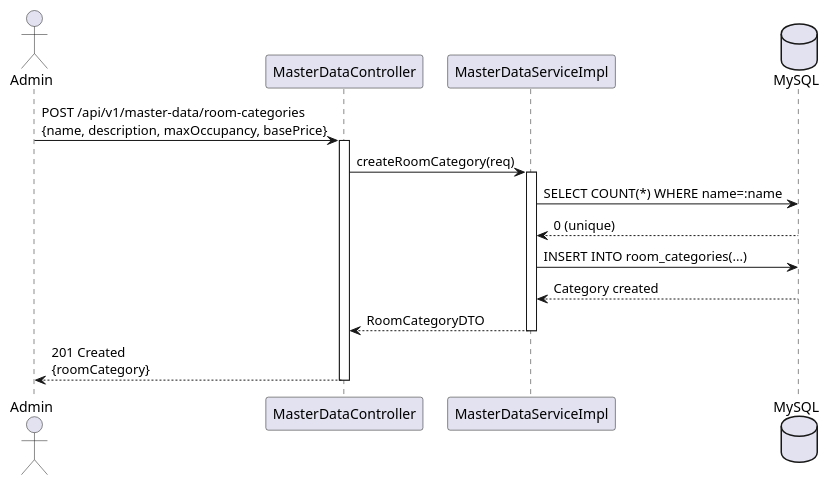
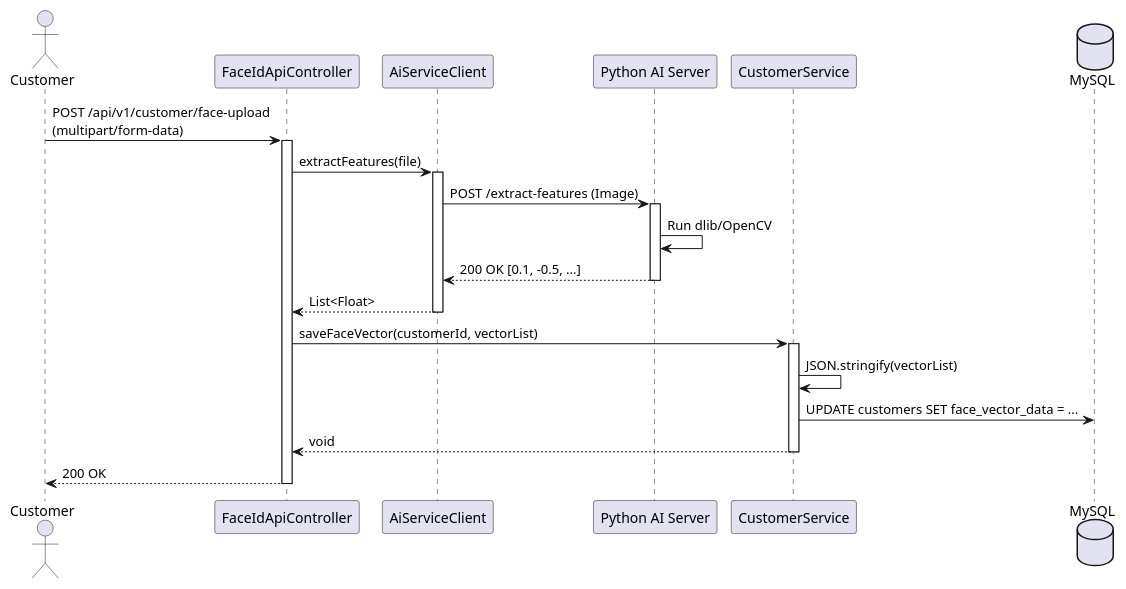
Before and after one commit to Luuxinhxinh/hoanien-resort: the second of 2 diagrams in 06-Testing/mod1_auth/uc04/EDS_uc04_SPEC.md, drawn with PlantUML. The commit also changed other lines of this file and 81 other files, not shown here.

````diff
--- a/06-Testing/mod1_auth/uc04/EDS_uc04_SPEC.md
+++ b/06-Testing/mod1_auth/uc04/EDS_uc04_SPEC.md
@@ -189,21 +145,30 @@
 ```plantuml
 @startuml
-actor "Admin" as A
-participant "MasterDataController" as Ctrl
-participant "MasterDataServiceImpl" as Svc
+actor "Customer" as C
+participant "FaceIdApiController" as Ctrl
+participant "AiServiceClient" as Ai
+participant "Python AI Server" as Py
+participant "CustomerService" as Svc
 database MySQL as DB
 
-A -> Ctrl: POST /api/v1/master-data/room-categories\n{name, description, maxOccupancy, basePrice}
+C -> Ctrl: POST /api/v1/customer/face-upload\n(multipart/form-data)
 activate Ctrl
-Ctrl -> Svc: createRoomCategory(req)
+Ctrl -> Ai: extractFeatures(file)
+activate Ai
+Ai -> Py: POST /extract-features (Image)
+activate Py
+Py -> Py: Run dlib/OpenCV
+Py --> Ai: 200 OK [0.1, -0.5, ...]
+deactivate Py
+Ai --> Ctrl: List<Float>
+deactivate Ai
+Ctrl -> Svc: saveFaceVector(customerId, vectorList)
 activate Svc
-Svc -> DB: SELECT COUNT(*) WHERE name=:name
-DB --> Svc: 0 (unique)
-Svc -> DB: INSERT INTO room_categories(...)
-DB --> Svc: Category created
-Svc --> Ctrl: RoomCategoryDTO
+Svc -> Svc: JSON.stringify(vectorList)
+Svc -> DB: UPDATE customers SET face_vector_data = ...
+Svc --> Ctrl: void
 deactivate Svc
-Ctrl --> A: 201 Created\n{roomCategory}
+Ctrl --> C: 200 OK
 deactivate Ctrl
 @enduml
 ```
````
